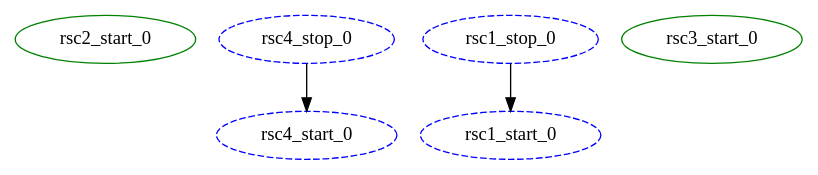
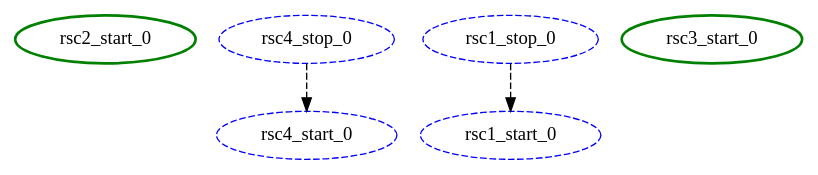
One commit to richiewen8/heartbeat changed the diagram in crm/pengine/testcases/rsc_dep2.dot. Above: the diagram before and after it, drawn with Graphviz. The commit also changed 101 other files, not shown here.

```diff
--- a/crm/pengine/testcases/rsc_dep2.dot
+++ b/crm/pengine/testcases/rsc_dep2.dot
@@ -1,11 +1,11 @@
 digraph "g" {
 	size = "30,30"
-"rsc2_start_0" [ tooltip="node1" color="green" fontcolor="black" ]
+"rsc2_start_0" [ tooltip="node1" style=bold color="green" fontcolor="black" ]
 "rsc4_stop_0" [ style="dashed" color="blue" fontcolor="black" ]
 "rsc4_start_0" [ style="dashed" color="blue" fontcolor="black" ]
 "rsc1_stop_0" [ style="dashed" color="blue" fontcolor="black" ]
 "rsc1_start_0" [ style="dashed" color="blue" fontcolor="black" ]
-"rsc3_start_0" [ tooltip="node2" color="green" fontcolor="black" ]
-"rsc4_stop_0" -> "rsc4_start_0"
-"rsc1_stop_0" -> "rsc1_start_0"
+"rsc3_start_0" [ tooltip="node2" style=bold color="green" fontcolor="black" ]
+"rsc4_stop_0" -> "rsc4_start_0" [ style = dashed]
+"rsc1_stop_0" -> "rsc1_start_0" [ style = dashed]
 }
```
